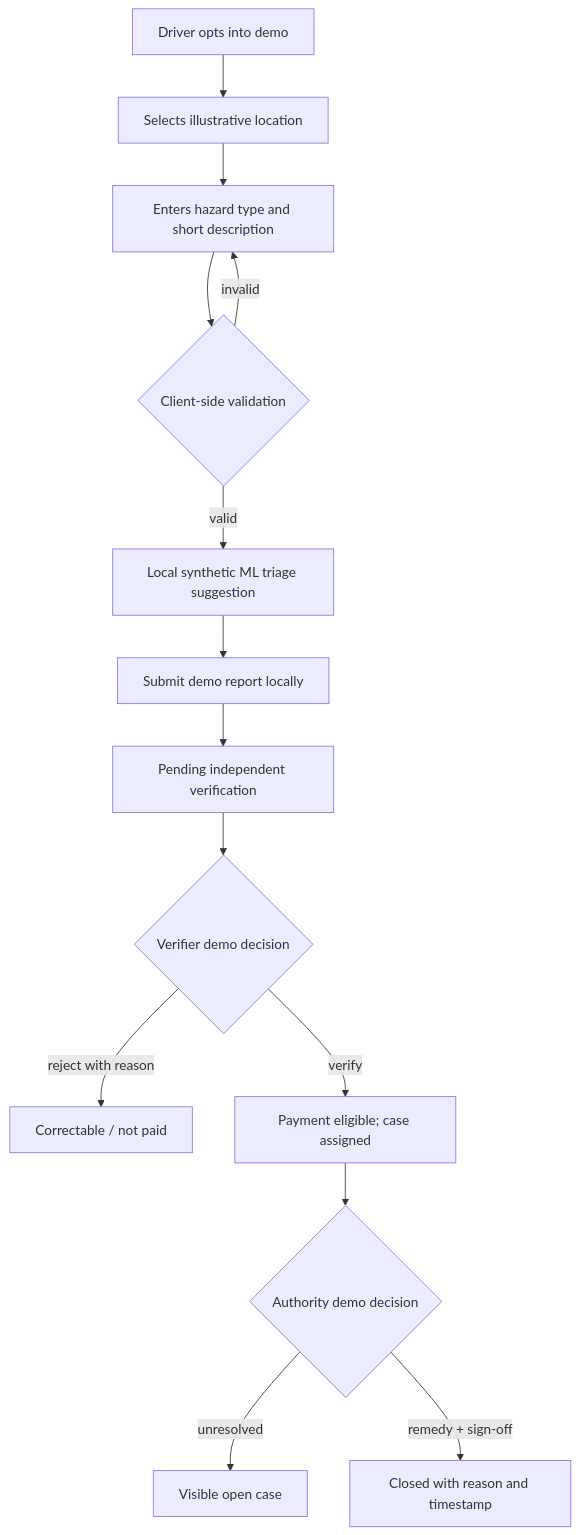
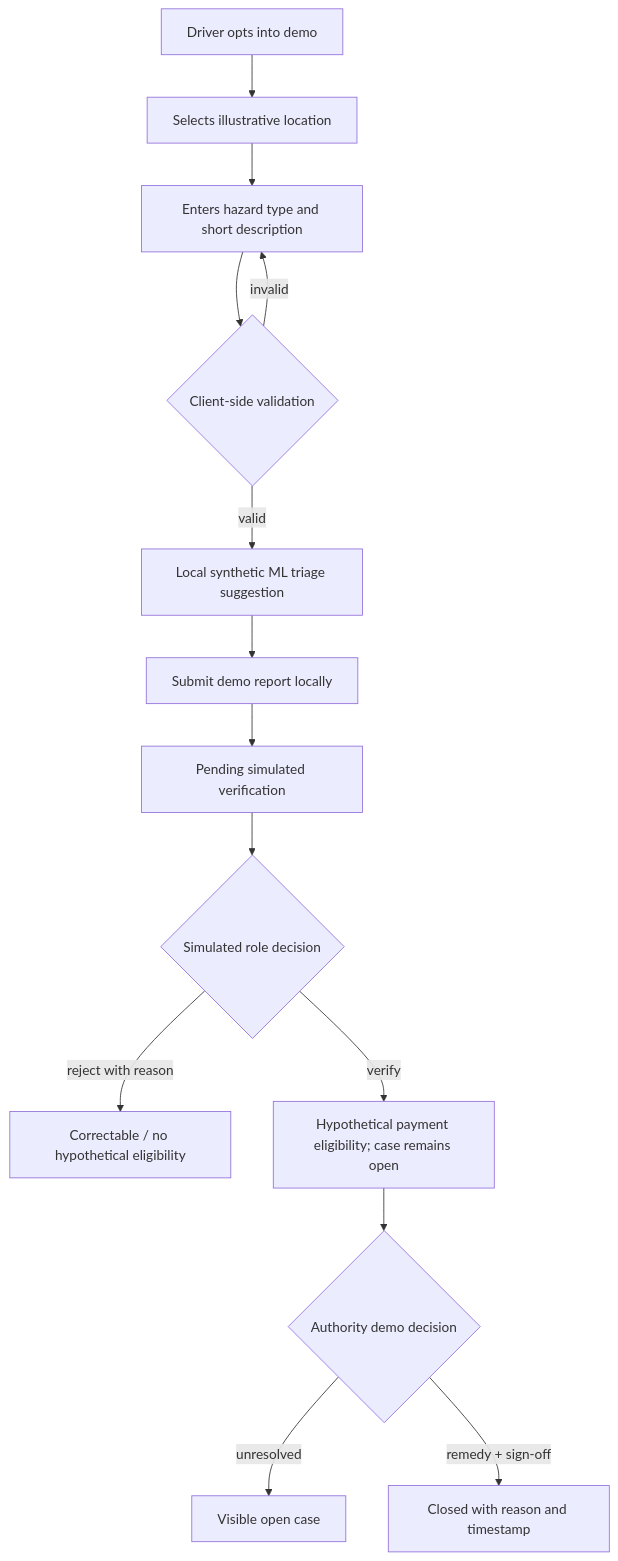
The first of 2 diagrams in docs/PACKET.md (rodrigobuilds3-creator/ruta-clara-week7), drawn with Mermaid before and after one commit. The commit also changed other lines of this file and 12 other files, not shown here.

````diff
--- a/docs/PACKET.md
+++ b/docs/PACKET.md
@@ -25,16 +25,16 @@
 ```mermaid
 flowchart TD
   A[Driver opts into demo] --> B[Selects illustrative location]
   B --> C[Enters hazard type and short description]
   C --> D{Client-side validation}
   D -- invalid --> C
   D -- valid --> E[Local synthetic ML triage suggestion]
   E --> F[Submit demo report locally]
-  F --> G[Pending independent verification]
-  G --> H{Verifier demo decision}
-  H -- reject with reason --> I[Correctable / not paid]
-  H -- verify --> J[Payment eligible; case assigned]
+  F --> G[Pending simulated verification]
+  G --> H{Simulated role decision}
+  H -- reject with reason --> I[Correctable / no hypothetical eligibility]
+  H -- verify --> J[Hypothetical payment eligibility; case remains open]
   J --> K{Authority demo decision}
   K -- unresolved --> L[Visible open case]
   K -- remedy + sign-off --> M[Closed with reason and timestamp]
 ```
````
